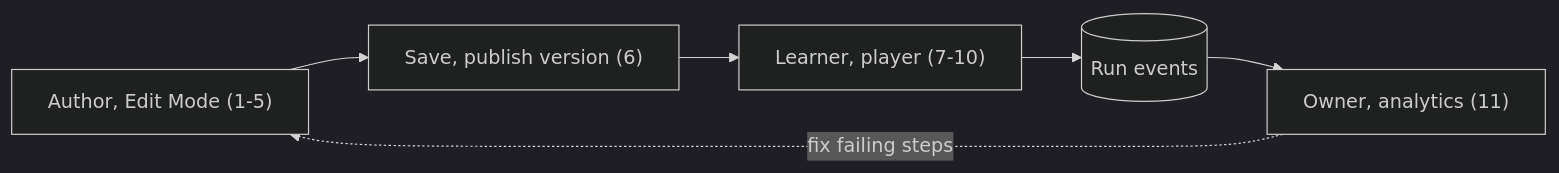
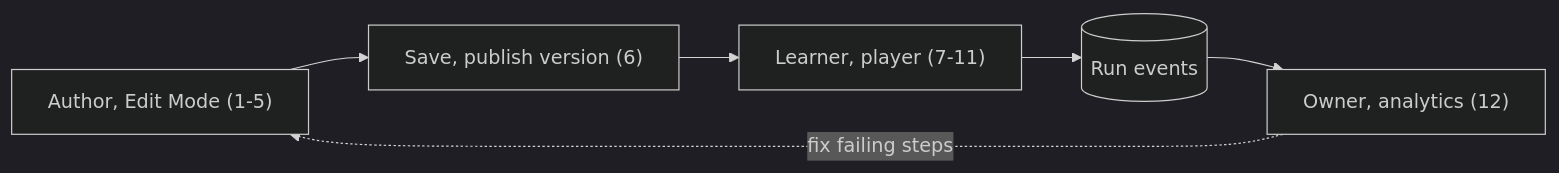
One commit to JJMonzon072/contextlayer changed the diagram in docs/product.md. Above: the diagram before and after it, drawn with Mermaid (dark theme). The commit also changed other lines of this file and 6 other files, not shown here.

````diff
--- a/docs/product.md
+++ b/docs/product.md
@@ -58,8 +58,8 @@
 ```mermaid
 flowchart LR
   A["Author, Edit Mode (1-5)"] --> S["Save, publish version (6)"]
-  S --> P["Learner, player (7-10)"]
+  S --> P["Learner, player (7-11)"]
   P --> E[(Run events)]
-  E --> O["Owner, analytics (11)"]
+  E --> O["Owner, analytics (12)"]
   O -. "fix failing steps" .-> A
 ```
````
